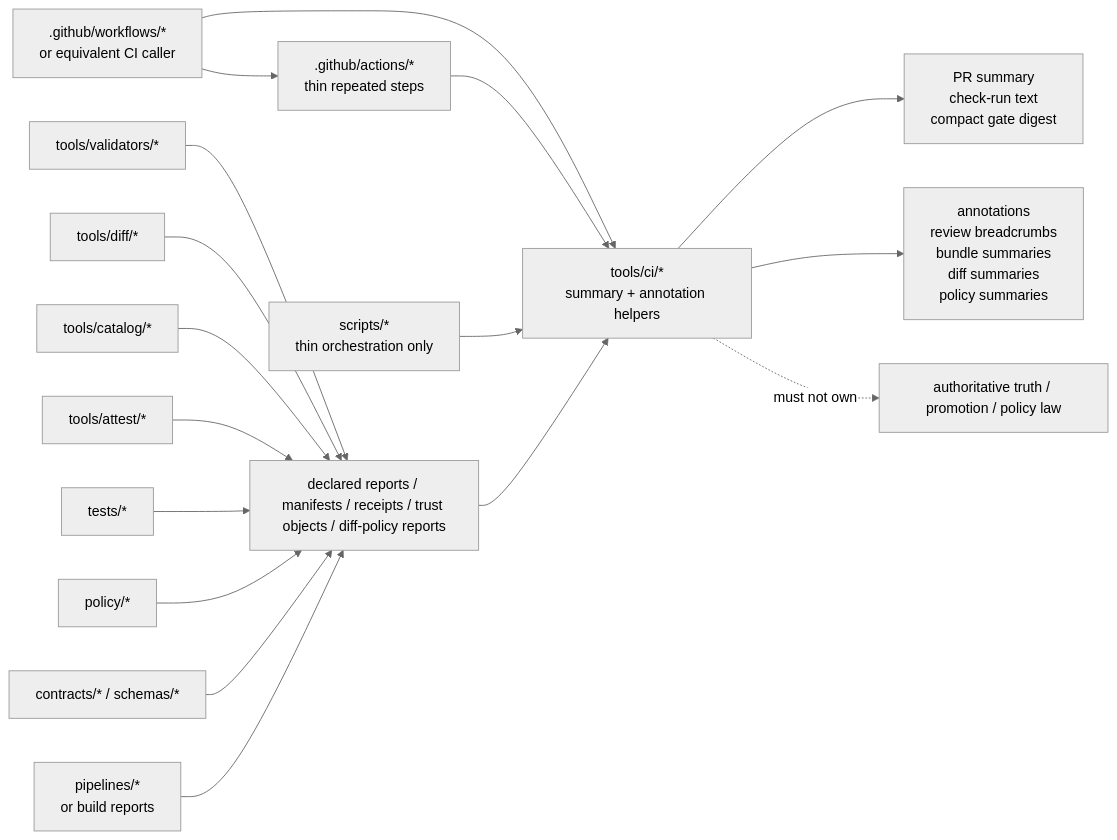
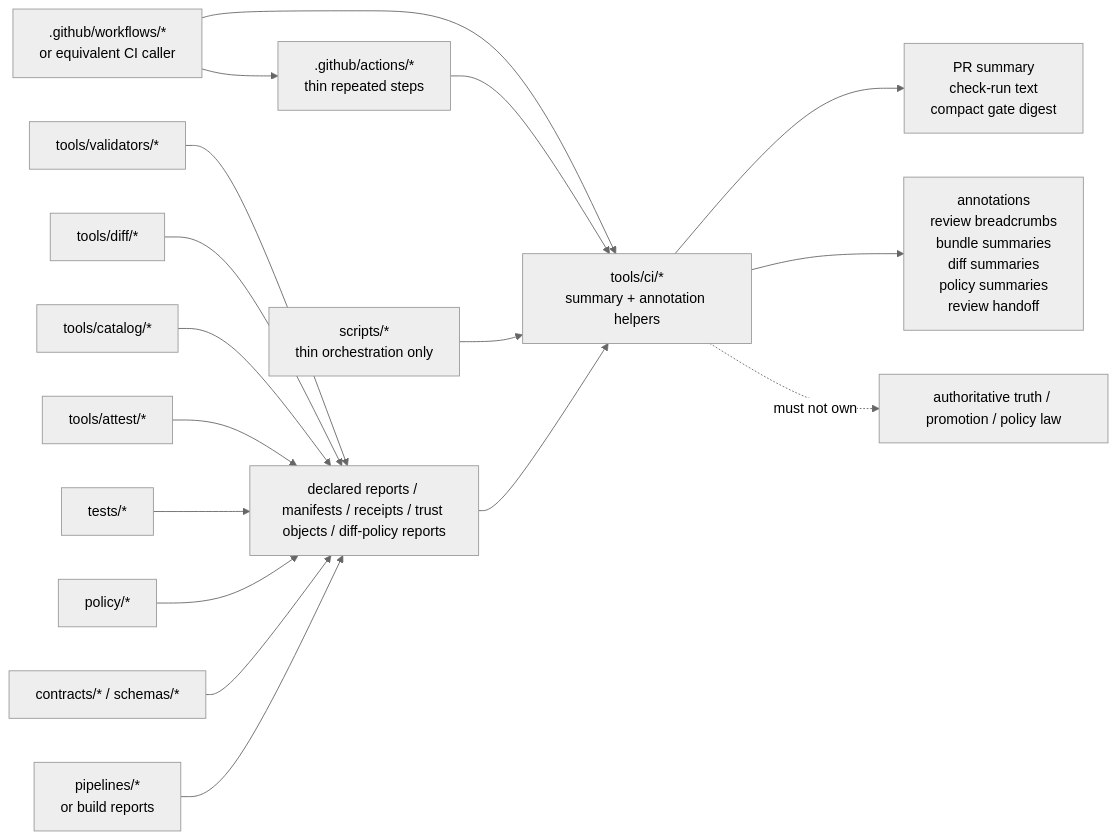
One commit to bartytime4life/Kansas-Frontier-Matrix changed the diagram in tools/ci/README.md. Above: the diagram before and after it, drawn with Mermaid (neutral theme). The commit also changed other lines of this file, not shown here.

First line of the commit message:
Revise README for renderer updates and handoff inclusion

````diff
--- a/tools/ci/README.md
+++ b/tools/ci/README.md
@@ -407,41 +456,41 @@
 ```mermaid
 flowchart LR
     WF[".github/workflows/*<br/>or equivalent CI caller"]
     AC[".github/actions/*<br/>thin repeated steps"]
     SC["scripts/*<br/>thin orchestration only"]
 
     VA["tools/validators/*"]
     DF["tools/diff/*"]
     CA["tools/catalog/*"]
     AT["tools/attest/*"]
     TS["tests/*"]
     PO["policy/*"]
     CO["contracts/* / schemas/*"]
     PI["pipelines/*<br/>or build reports"]
 
     IN1["declared reports / manifests / receipts / trust objects / diff-policy reports"]
     CI["tools/ci/*<br/>summary + annotation helpers"]
     OUT1["PR summary<br/>check-run text<br/>compact gate digest"]
-    OUT2["annotations<br/>review breadcrumbs<br/>bundle summaries<br/>diff summaries<br/>policy summaries"]
+    OUT2["annotations<br/>review breadcrumbs<br/>bundle summaries<br/>diff summaries<br/>policy summaries<br/>review handoff"]
     NO["authoritative truth / promotion / policy law"]
 
     WF --> AC
     WF --> CI
     AC --> CI
     SC --> CI
 
     VA --> IN1
     DF --> IN1
     CA --> IN1
     AT --> IN1
     TS --> IN1
     PO --> IN1
     CO --> IN1
     PI --> IN1
 
     IN1 --> CI
     CI --> OUT1
     CI --> OUT2
 
     CI -. must not own .-> NO
 ```
````
